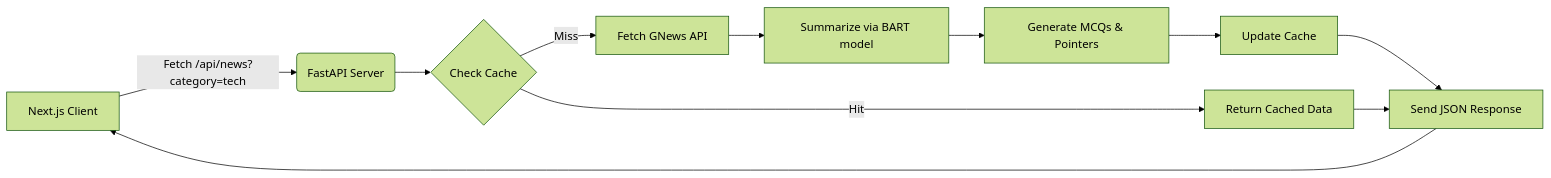
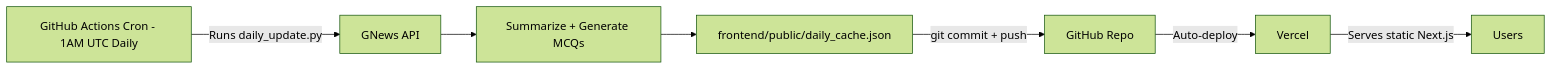
One commit to srishtiim/news-summarizer changed the diagram in README.md. Above: the diagram before and after it, drawn with Mermaid (forest theme). The commit also changed other lines of this file and 24 other files, not shown here.

First line of the commit message:
Cleanup: migrate to static JSON architecture

````diff
--- a/README.md
+++ b/README.md
@@ -126,13 +9,9 @@
 ```mermaid
 flowchart LR
-    A[Next.js Client] -->|Fetch /api/news?category=tech| B(FastAPI Server)
-    B --> C{Check Cache}
-    C -->|Hit| D[Return Cached Data]
-    C -->|Miss| E[Fetch GNews API]
-    E --> F[Summarize via BART model]
-    F --> G[Generate MCQs & Pointers]
-    G --> H[Update Cache]
-    H --> I[Send JSON Response]
-    D --> I
-    I --> A
+    GA[GitHub Actions Cron - 1AM UTC Daily] -->|Runs daily_update.py| GN[GNews API]
+    GN --> S[Summarize + Generate MCQs]
+    S --> J[frontend/public/daily_cache.json]
+    J -->|git commit + push| GH[GitHub Repo]
+    GH -->|Auto-deploy| V[Vercel]
+    V -->|Serves static Next.js| U[Users]
 ```
````
